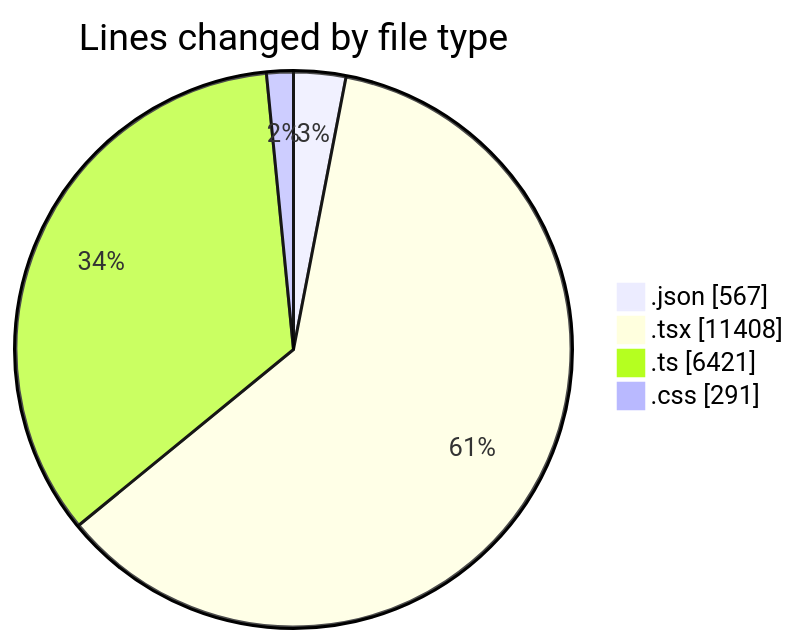
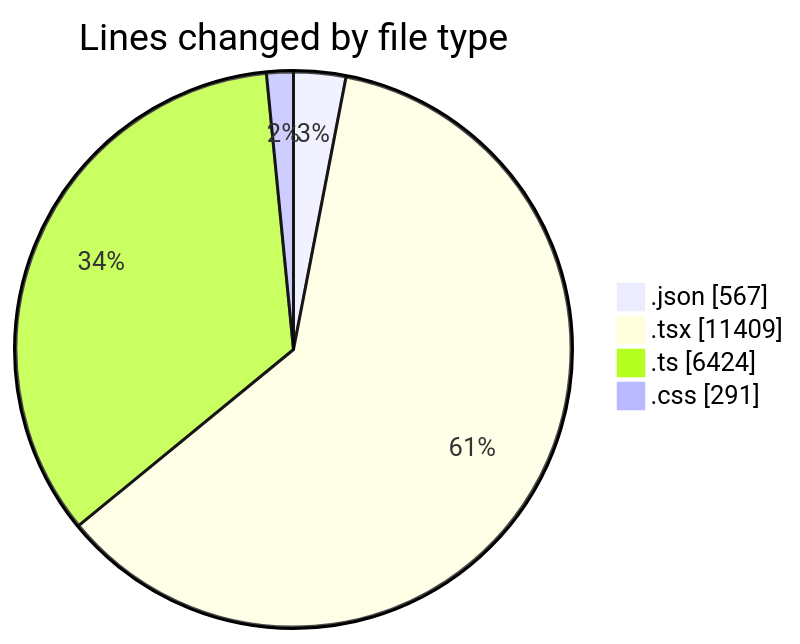
The first of 2 diagrams in 2025-10-07/eventscop-frontend-guide__workspace_/README.md (julien-gomy/code-tracking), drawn with Mermaid before and after one commit. The commit also changed other lines of this file and 1 other file, not shown here.

````diff
--- a/2025-10-07/eventscop-frontend-guide__workspace_/README.md
+++ b/2025-10-07/eventscop-frontend-guide__workspace_/README.md
@@ -97,8 +97,8 @@
 ```mermaid
 pie showData
 title Lines changed by file type
 ".json" : 567
-".tsx" : 11408
-".ts" : 6421
+".tsx" : 11409
+".ts" : 6424
 ".css" : 291
 ```
````
